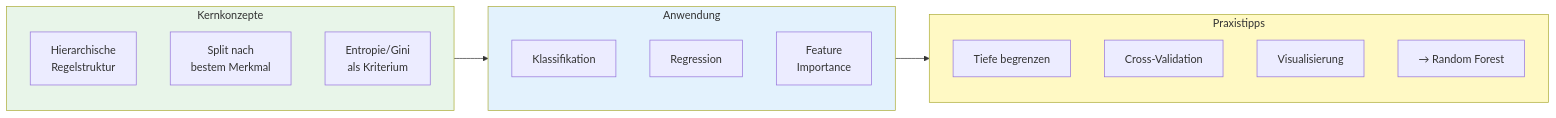
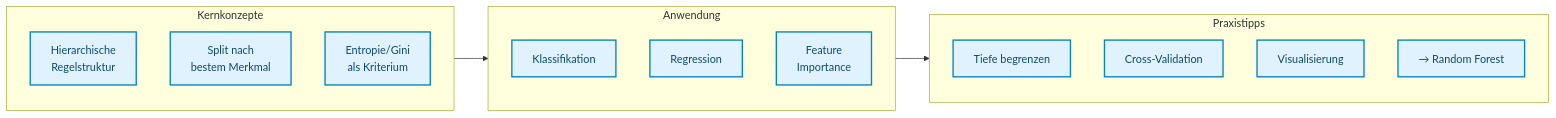
Before and after one commit to ralf-42/ML_Intro: the sixth of 6 diagrams in docs/concepts/modeling/decision_tree.md, drawn with Mermaid. The commit also changed other lines of this file and 67 other files, not shown here.

````diff
--- a/docs/concepts/modeling/decision_tree.md
+++ b/docs/concepts/modeling/decision_tree.md
@@ -262,27 +255,25 @@
 ```mermaid
 flowchart LR
     subgraph konzept["Kernkonzepte"]
         K1["Hierarchische<br/>Regelstruktur"]
         K2["Split nach<br/>bestem Merkmal"]
         K3["Entropie/Gini<br/>als Kriterium"]
     end
     
     subgraph anwendung["Anwendung"]
         A1["Klassifikation"]
         A2["Regression"]
         A3["Feature<br/>Importance"]
     end
     
     subgraph praxis["Praxistipps"]
         P1["Tiefe begrenzen"]
         P2["Cross-Validation"]
         P3["Visualisierung"]
         P4["→ Random Forest"]
     end
     
     konzept --> anwendung --> praxis
-    
-    style konzept fill:#e8f5e9
-    style anwendung fill:#e3f2fd
-    style praxis fill:#fff9c4
+
+    classDef default fill:#e0f2fe,stroke:#0284c7,stroke-width:2px,color:#0c4a6e;
 ```
````
